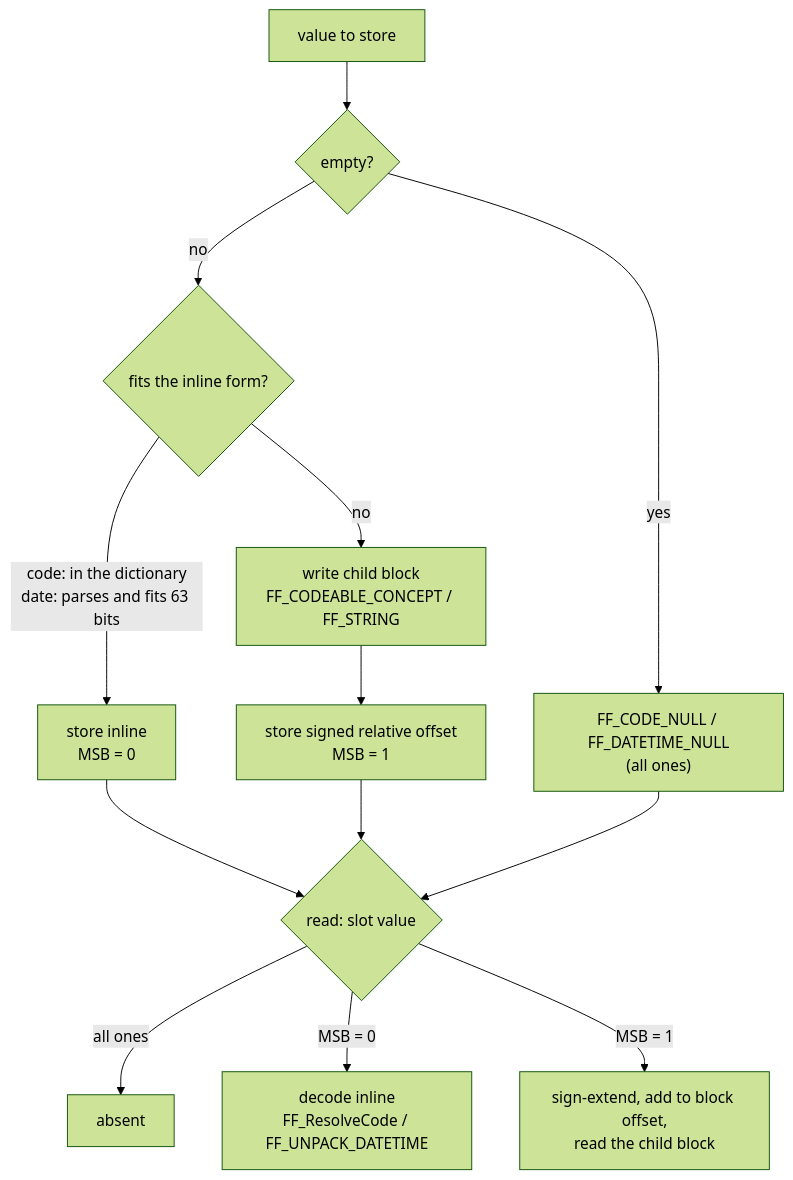
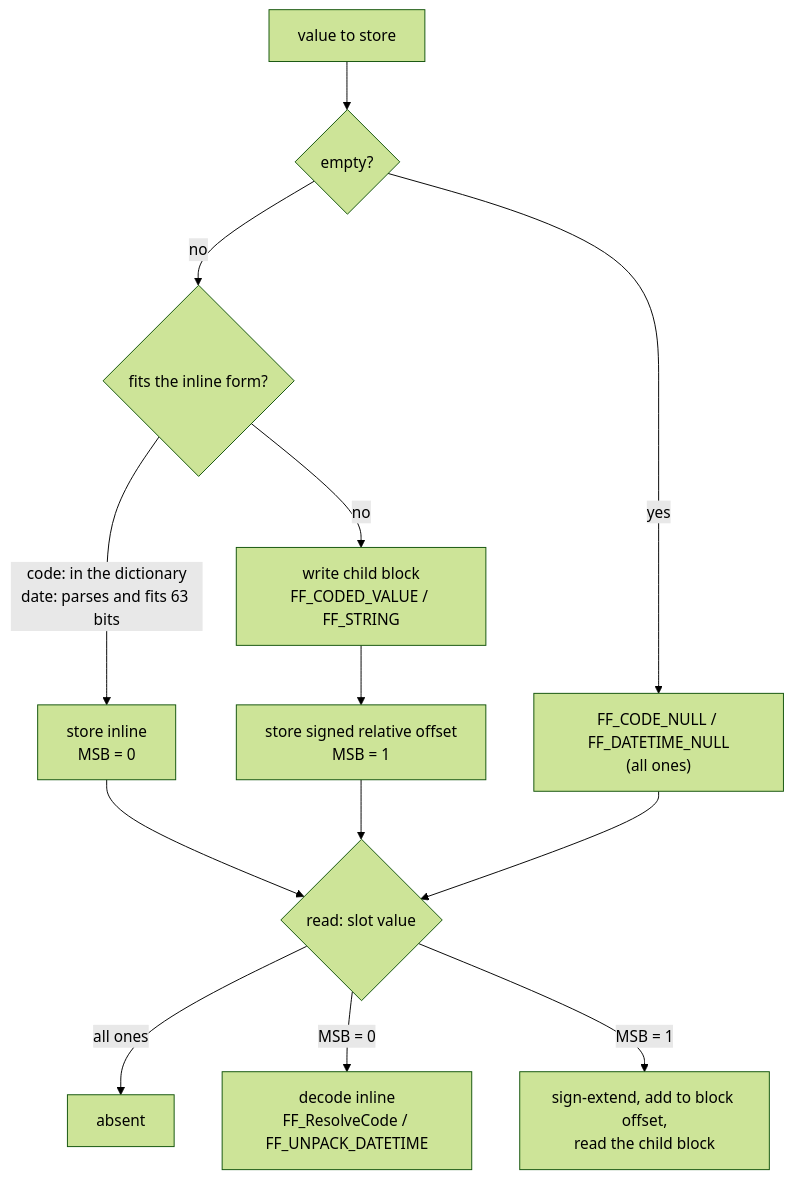
Before and after one commit to ryanlandvater/FastFHIR: the second of 3 diagrams in architecture.md, drawn with Mermaid (forest theme). The commit also changed other lines of this file and 54 other files, not shown here.

````diff
--- a/architecture.md
+++ b/architecture.md
@@ -1231,16 +1231,16 @@
 ```mermaid
 flowchart TD
     V["value to store"] --> N{"empty?"}
     N -- yes --> NUL["FF_CODE_NULL / FF_DATETIME_NULL<br/>(all ones)"]
     N -- no --> F{"fits the inline form?"}
     F -- "code: in the dictionary<br/>date: parses and fits 63 bits" --> INL["store inline<br/>MSB = 0"]
-    F -- "no" --> BLK["write child block<br/>FF_CODEABLE_CONCEPT / FF_STRING"]
+    F -- "no" --> BLK["write child block<br/>FF_CODED_VALUE / FF_STRING"]
     BLK --> REL["store signed relative offset<br/>MSB = 1"]
 
     INL --> RD{"read: slot value"}
     REL --> RD
     NUL --> RD
     RD -- "all ones" --> ABS["absent"]
     RD -- "MSB = 0" --> DEC["decode inline<br/>FF_ResolveCode / FF_UNPACK_DATETIME"]
     RD -- "MSB = 1" --> SX["sign-extend, add to block offset,<br/>read the child block"]
 ```
````
